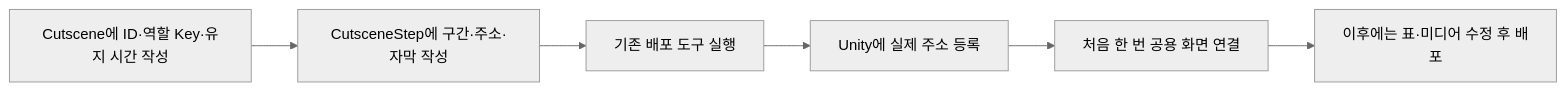
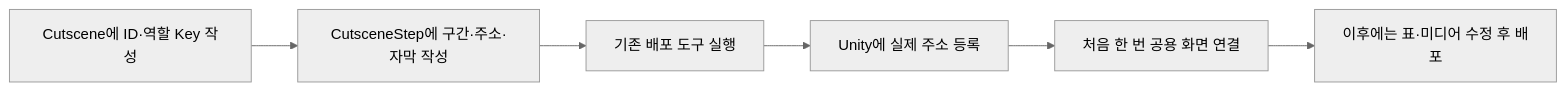
One commit to lkhwcf-arch/Human_Ghost- changed the first of 3 diagrams in Docs/기획자용 안내문서/기획자용 컷씬 표시와 씬 이동 안내.md. Above: the diagram before and after it, drawn with Mermaid (neutral theme). The commit also changed other lines of this file and 16 other files, not shown here.

````diff
--- a/Docs/기획자용 안내문서/기획자용 컷씬 표시와 씬 이동 안내.md
+++ b/Docs/기획자용 안내문서/기획자용 컷씬 표시와 씬 이동 안내.md
@@ -17,8 +17,8 @@
 ```mermaid
 flowchart LR
-    A[Cutscene에 ID·역할 Key·유지 시간 작성] --> B[CutsceneStep에 구간·주소·자막 작성]
+    A[Cutscene에 ID·역할 Key 작성] --> B[CutsceneStep에 구간·주소·자막 작성]
     B --> C[기존 배포 도구 실행]
     C --> D[Unity에 실제 주소 등록]
     D --> E[처음 한 번 공용 화면 연결]
     E --> F[이후에는 표·미디어 수정 후 배포]
 ```
````
